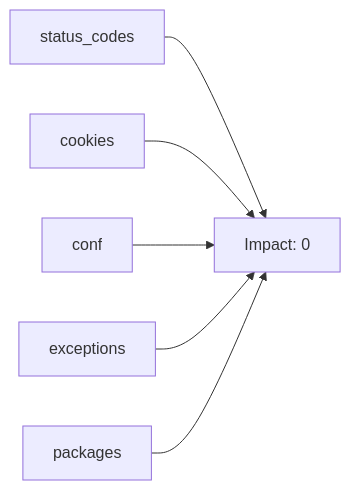
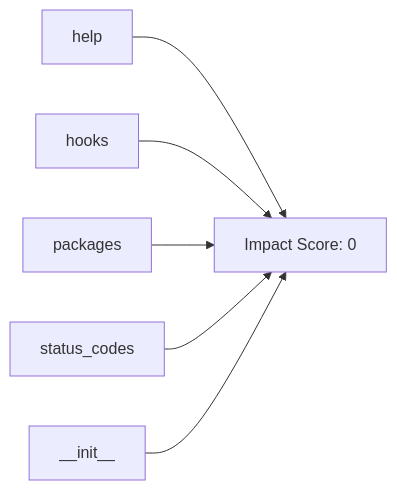
Before and after one commit to ralphie49/vasco: the fourth of 4 diagrams in REQUESTS_THE_BOOK.md, drawn with Mermaid. The commit also changed other lines of this file and 6 other files, not shown here.

````diff
--- a/REQUESTS_THE_BOOK.md
+++ b/REQUESTS_THE_BOOK.md
@@ -2174,8 +105,8 @@
 ```mermaid
 graph LR
-    status_codes --> Imp_0[Impact: 0]
-    cookies --> Imp_0[Impact: 0]
-    conf --> Imp_0[Impact: 0]
-    exceptions --> Imp_0[Impact: 0]
-    packages --> Imp_0[Impact: 0]
+    help --> Imp_0[Impact Score: 0]
+    hooks --> Imp_0[Impact Score: 0]
+    packages --> Imp_0[Impact Score: 0]
+    status_codes --> Imp_0[Impact Score: 0]
+    __init__ --> Imp_0[Impact Score: 0]
 ```
````
